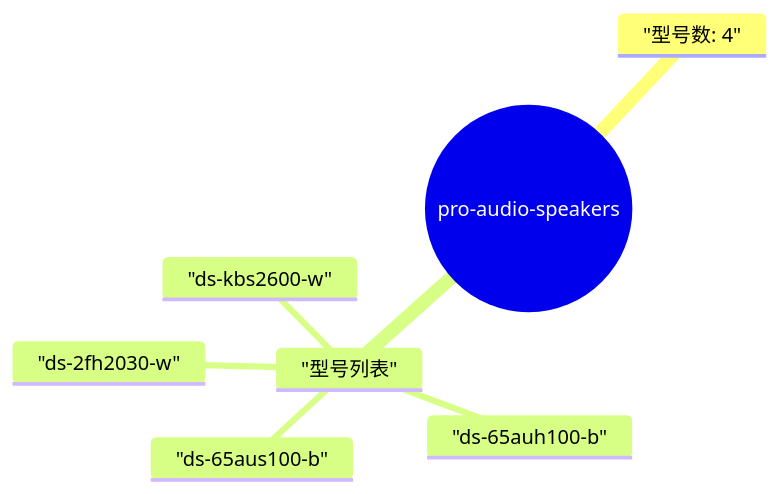
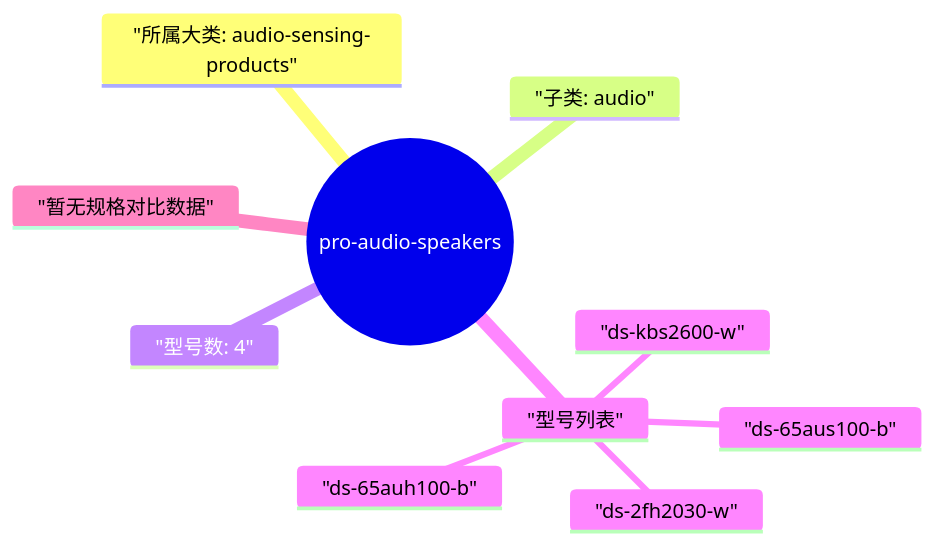
One commit to 123321step/hikvision-product-map changed the diagram in site/mindmaps/cn-audio-sensing-products-audio-pro-audio-speakers.mmd. Above: the diagram before and after it, drawn with Mermaid. The commit also changed 647 other files, not shown here.

Commit message:
Rework mindmaps around product series differences

```diff
--- a/site/mindmaps/cn-audio-sensing-products-audio-pro-audio-speakers.mmd
+++ b/site/mindmaps/cn-audio-sensing-products-audio-pro-audio-speakers.mmd
@@ -1,8 +1,11 @@
 mindmap
   root(("pro-audio-speakers"))
+    "所属大类: audio-sensing-products"
+    "子类: audio"
     "型号数: 4"
     "型号列表"
       "ds-2fh2030-w"
       "ds-65auh100-b"
       "ds-65aus100-b"
       "ds-kbs2600-w"
+    "暂无规格对比数据"
```
